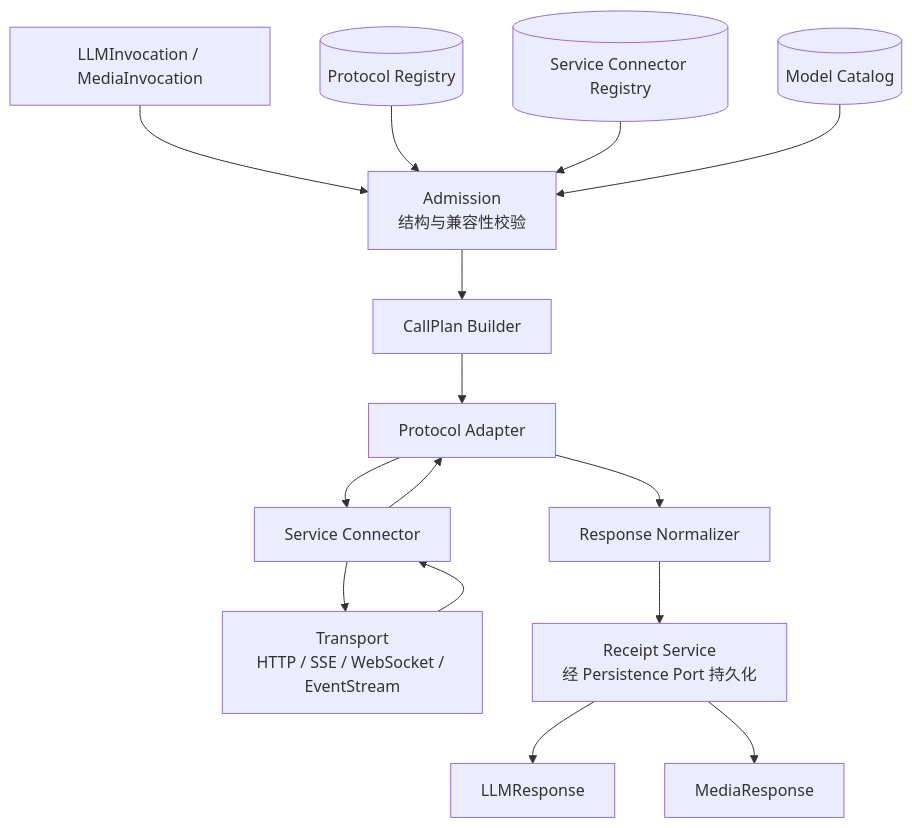
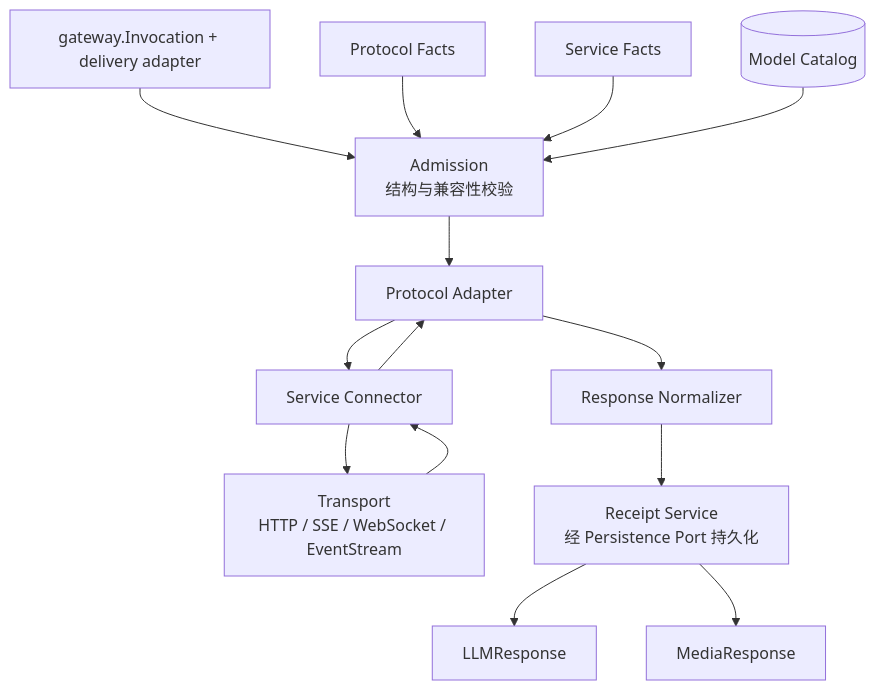
One commit to bushihelmy-crypto/motev2 changed the third of 3 diagrams in mote-runtime/gateway/architecture.md. Above: the diagram before and after it, drawn with Mermaid. The commit also changed other lines of this file and 188 other files, not shown here.

Commit message:
refactor(gateway): consolidate admission architecture

````diff
--- a/mote-runtime/gateway/architecture.md
+++ b/mote-runtime/gateway/architecture.md
@@ -364,31 +379,29 @@
 ```mermaid
 flowchart TB
-    CALL[LLMInvocation / MediaInvocation]
+    CALL[gateway.Invocation + delivery adapter]
     ADMIT[Admission<br/>结构与兼容性校验]
-    PLAN[CallPlan Builder]
-    PREG[(Protocol Registry)]
-    SREG[(Service Connector Registry)]
+    PF[Protocol Facts]
+    SF[Service Facts]
     MCAT[(Model Catalog)]
     PAD[Protocol Adapter]
     CONN[Service Connector]
     TRANS[Transport<br/>HTTP / SSE / WebSocket / EventStream]
     NORM[Response Normalizer]
     RECEIPT[Receipt Service<br/>经 Persistence Port 持久化]
     LLMOUT[LLMResponse]
     MEDIAOUT[MediaResponse]
 
     CALL --> ADMIT
-    PREG --> ADMIT
-    SREG --> ADMIT
+    PF --> ADMIT
+    SF --> ADMIT
     MCAT --> ADMIT
-    ADMIT --> PLAN
-    PLAN --> PAD
+    ADMIT --> PAD
     PAD --> CONN
     CONN --> TRANS
     TRANS --> CONN
     CONN --> PAD
     PAD --> NORM
     NORM --> RECEIPT
     RECEIPT --> LLMOUT
     RECEIPT --> MEDIAOUT
 ```
````
